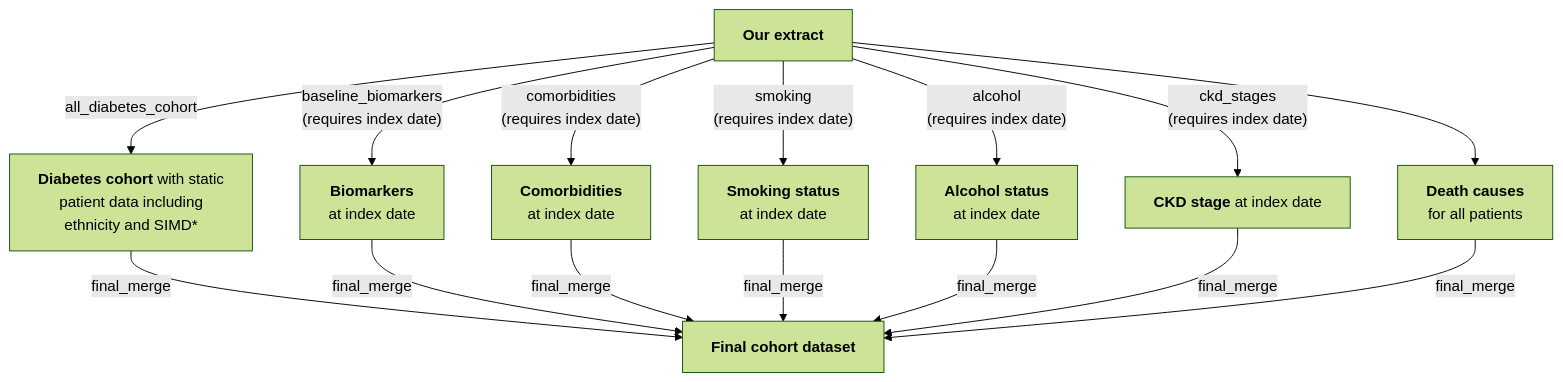
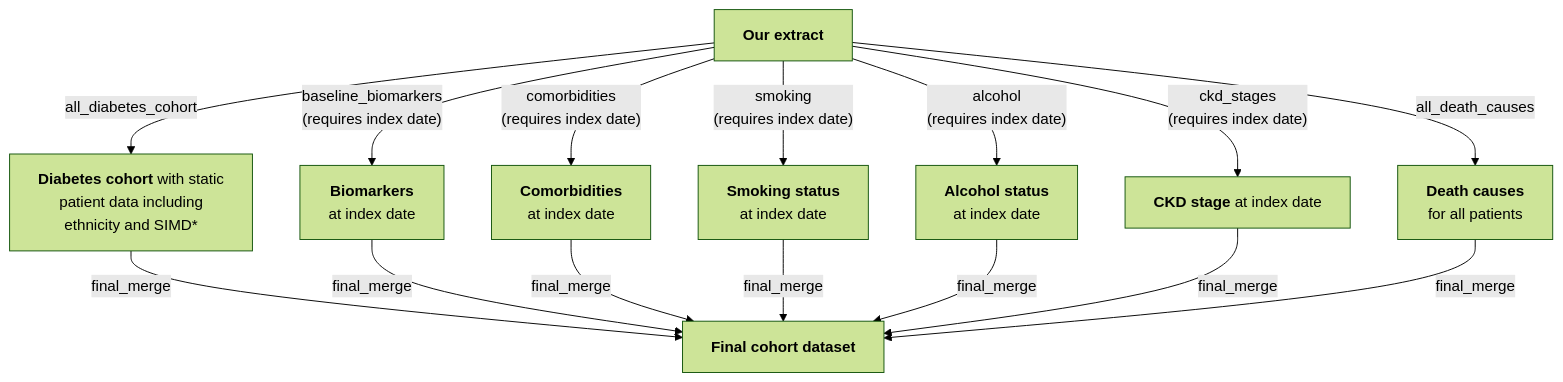
Before and after one commit to Exeter-Diabetes/SDRN-Cohort-Scripts: the second of 2 diagrams in README.md, drawn with Mermaid (forest theme). The commit also changed other lines of this file, not shown here.

````diff
--- a/README.md
+++ b/README.md
@@ -33,18 +33,18 @@
 ``` mermaid
 graph TD;
     A["<b>Our extract</b>"] --> |"all_diabetes_cohort"| B["<b>Diabetes cohort</b> with static <br> patient data including <br> ethnicity and SIMD*"]
     A --> |"baseline_biomarkers <br> (requires index date)"| C["<b>Biomarkers</b> <br> at index date"]
     A --> |"comorbidities <br> (requires index date)"| D["<b>Comorbidities</b> <br> at index date"]
     A --> |"smoking <br> (requires index date)"| E["<b>Smoking status</b> <br> at index date"]
     A --> |"alcohol <br> (requires index date)"| F["<b>Alcohol status</b> <br> at index date"]
     A --> |"ckd_stages <br> (requires index date)"| G["<b>CKD stage</b <br> at index date"]
-    A --> H["<b>Death causes</b> <br> for all patients"]
+    A --> |"all_death_causes"| H["<b>Death causes</b> <br> for all patients"]
     
     B --> |"final_merge"| I["<b>Final cohort dataset</b>"]
     C --> |"final_merge"| I
     D --> |"final_merge"| I
     E --> |"final_merge"| I
     F --> |"final_merge"| I
     G --> |"final_merge"| I
     H --> |"final_merge"| I
 ```
````
